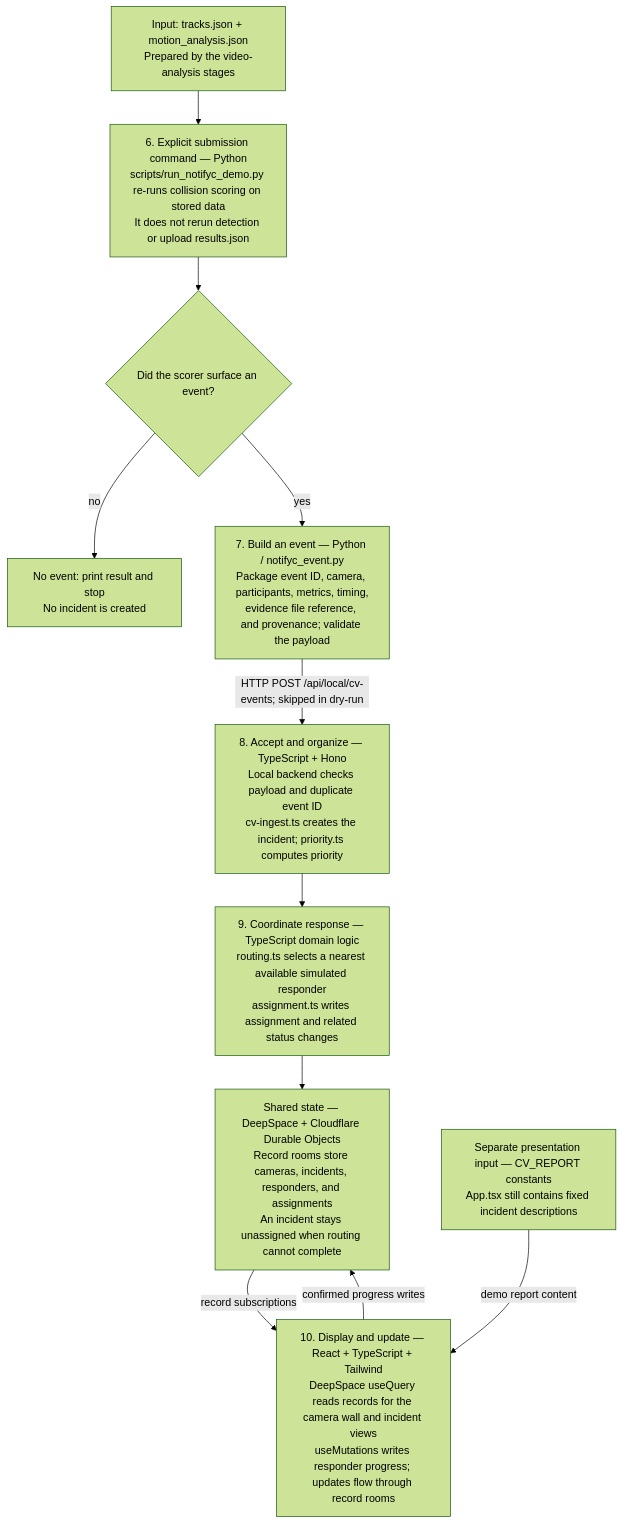
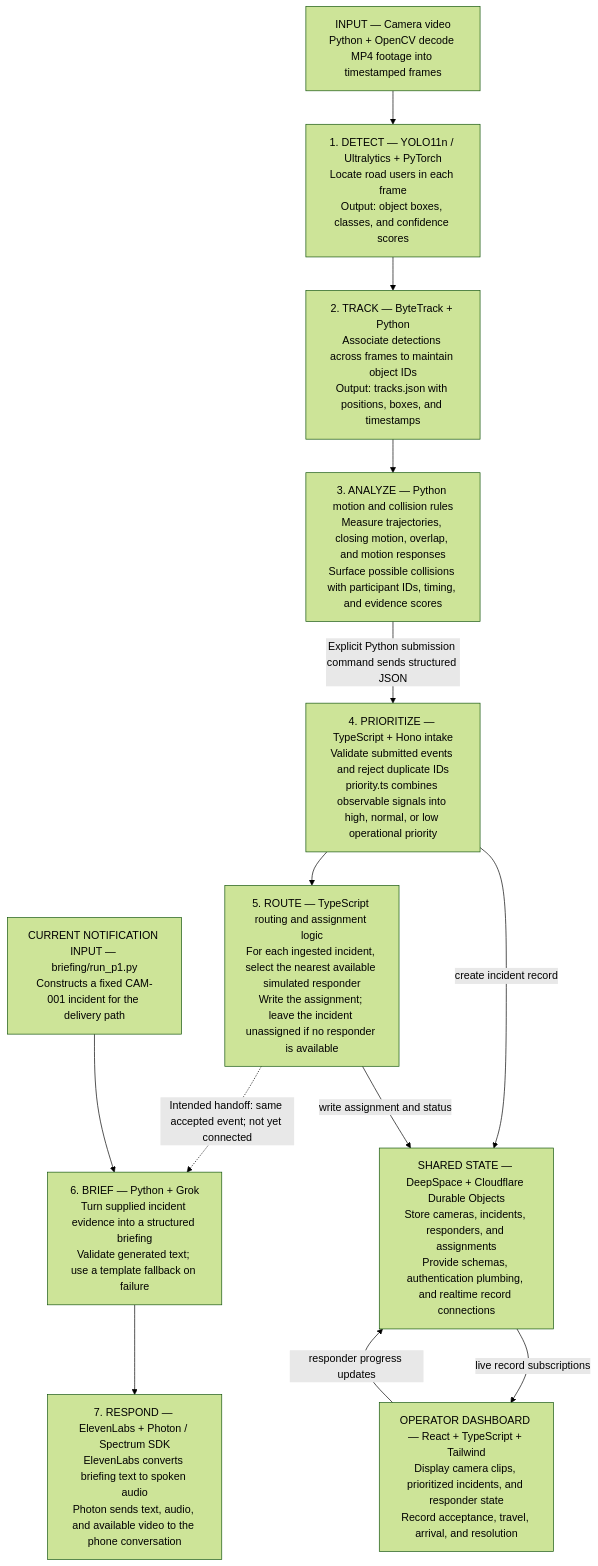
Before and after one commit to Mokshil28/NotifYC: the diagram in README.md, drawn with Mermaid (forest theme). The commit also changed other lines of this file and 2 other files, not shown here.

````diff
--- a/README.md
+++ b/README.md
@@ -54,21 +22,23 @@
 ```mermaid
 flowchart TD
-    Stored["Input: tracks.json + motion_analysis.json<br/>Prepared by the video-analysis stages"]
-    Runner["6. Explicit submission command — Python<br/>scripts/run_notifyc_demo.py re-runs collision scoring on stored data<br/>It does not rerun detection or upload results.json"]
-    Gate{"Did the scorer surface an event?"}
-    Stop["No event: print result and stop<br/>No incident is created"]
-    Contract["7. Build an event — Python / notifyc_event.py<br/>Package event ID, camera, participants, metrics, timing,<br/>evidence file reference, and provenance; validate the payload"]
-    Intake["8. Accept and organize — TypeScript + Hono<br/>Local backend checks payload and duplicate event ID<br/>cv-ingest.ts creates the incident; priority.ts computes priority"]
-    Assign["9. Coordinate response — TypeScript domain logic<br/>routing.ts selects a nearest available simulated responder<br/>assignment.ts writes assignment and related status changes"]
-    Store["Shared state — DeepSpace + Cloudflare Durable Objects<br/>Record rooms store cameras, incidents, responders, and assignments<br/>An incident stays unassigned when routing cannot complete"]
-    UI["10. Display and update — React + TypeScript + Tailwind<br/>DeepSpace useQuery reads records for the camera wall and incident views<br/>useMutations writes responder progress; updates flow through record rooms"]
-    Fixed["Separate presentation input — CV_REPORT constants<br/>App.tsx still contains fixed incident descriptions"]
-    Stored --> Runner --> Gate
-    Gate -- "no" --> Stop
-    Gate -- "yes" --> Contract
-    Contract -- "HTTP POST /api/local/cv-events; skipped in dry-run" --> Intake
-    Intake --> Assign --> Store
-    Store -- "record subscriptions" --> UI
-    UI -- "confirmed progress writes" --> Store
-    Fixed -- "demo report content" --> UI
+    Video["INPUT — Camera video<br/>Python + OpenCV decode MP4 footage into timestamped frames"]
+    Detect["1. DETECT — YOLO11n / Ultralytics + PyTorch<br/>Locate road users in each frame<br/>Output: object boxes, classes, and confidence scores"]
+    Track["2. TRACK — ByteTrack + Python<br/>Associate detections across frames to maintain object IDs<br/>Output: tracks.json with positions, boxes, and timestamps"]
+    Analyze["3. ANALYZE — Python motion and collision rules<br/>Measure trajectories, closing motion, overlap, and motion responses<br/>Surface possible collisions with participant IDs, timing, and evidence scores"]
+    Priority["4. PRIORITIZE — TypeScript + Hono intake<br/>Validate submitted events and reject duplicate IDs<br/>priority.ts combines observable signals into high, normal, or low operational priority"]
+    Route["5. ROUTE — TypeScript routing and assignment logic<br/>For each ingested incident, select the nearest available simulated responder<br/>Write the assignment; leave the incident unassigned if no responder is available"]
+    Brief["6. BRIEF — Python + Grok<br/>Turn supplied incident evidence into a structured briefing<br/>Validate generated text; use a template fallback on failure"]
+    Respond["7. RESPOND — ElevenLabs + Photon / Spectrum SDK<br/>ElevenLabs converts briefing text to spoken audio<br/>Photon sends text, audio, and available video to the phone conversation"]
+    State["SHARED STATE — DeepSpace + Cloudflare Durable Objects<br/>Store cameras, incidents, responders, and assignments<br/>Provide schemas, authentication plumbing, and realtime record connections"]
+    UI["OPERATOR DASHBOARD — React + TypeScript + Tailwind<br/>Display camera clips, prioritized incidents, and responder state<br/>Record acceptance, travel, arrival, and resolution"]
+    Fixed["CURRENT NOTIFICATION INPUT — briefing/run_p1.py<br/>Constructs a fixed CAM-001 incident for the delivery path"]
+    Video --> Detect --> Track --> Analyze
+    Analyze -- "Explicit Python submission command sends structured JSON" --> Priority
+    Priority --> Route
+    Route -. "Intended handoff: same accepted event; not yet connected" .-> Brief
+    Fixed --> Brief --> Respond
+    Priority -- "create incident record" --> State
+    Route -- "write assignment and status" --> State
+    State -- "live record subscriptions" --> UI
+    UI -- "responder progress updates" --> State
 ```
````
